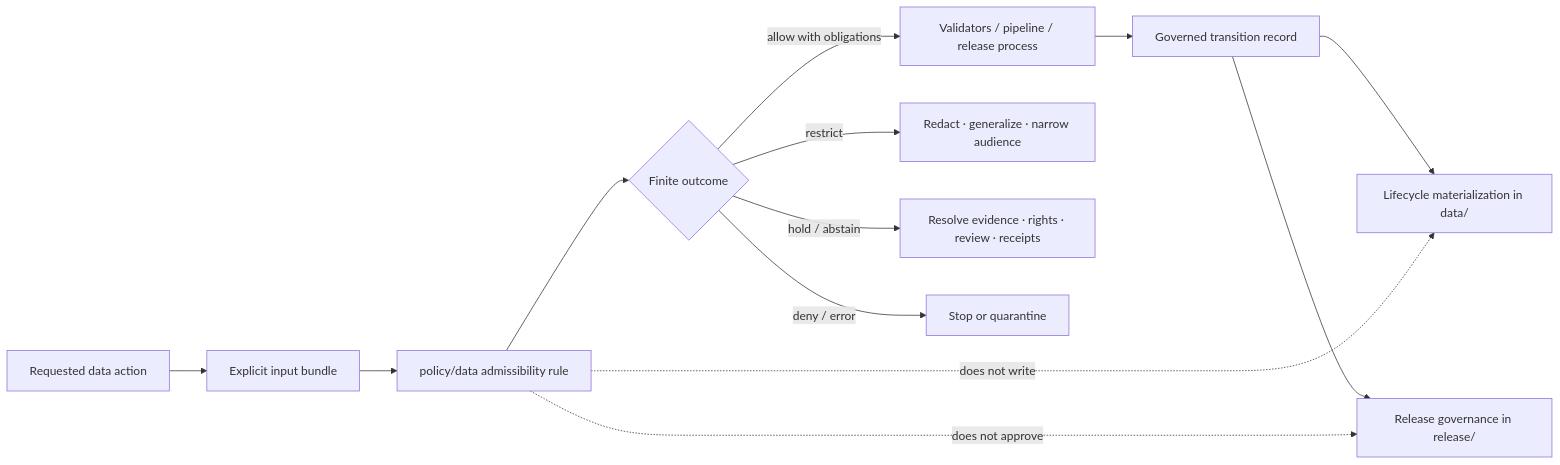
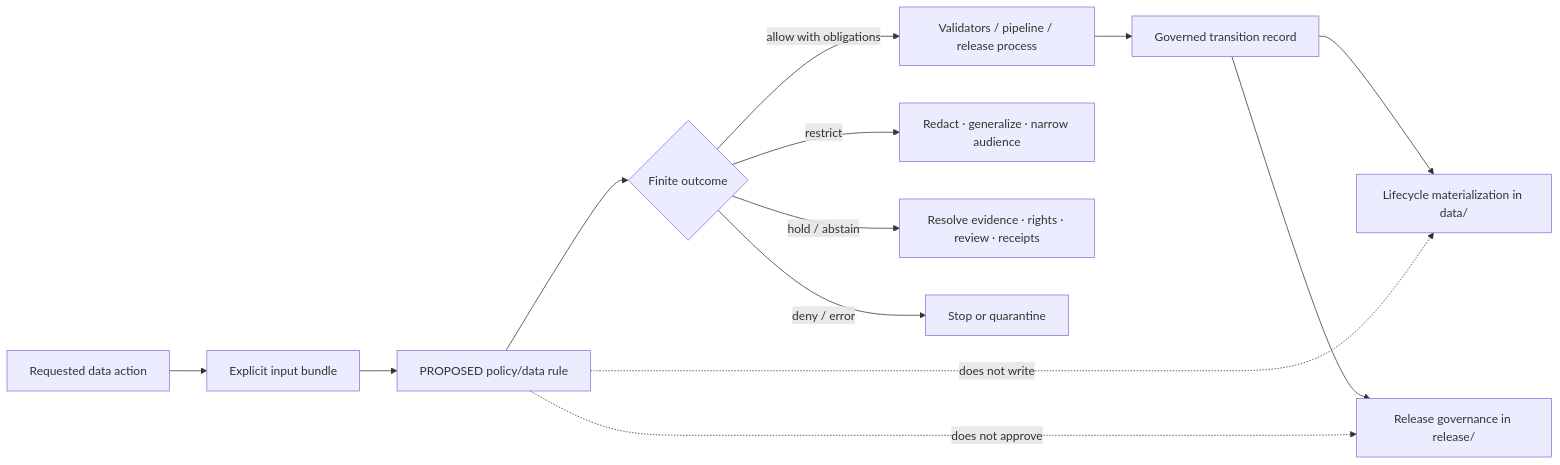
The diagram in policy/data/README.md (bartytime4life/Kansas-Frontier-Matrix), drawn with Mermaid before and after one commit. The commit also changed other lines of this file, not shown here.

Commit message:
docs: reconcile data policy README

````diff
--- a/policy/data/README.md
+++ b/policy/data/README.md
@@ -162,16 +219,16 @@
 ```mermaid
 flowchart LR
     A["Requested data action"] --> I["Explicit input bundle"]
-    I --> P["policy/data admissibility rule"]
+    I --> P["PROPOSED policy/data rule"]
     P --> O{"Finite outcome"}
     O -->|allow with obligations| V["Validators / pipeline / release process"]
     O -->|restrict| R["Redact · generalize · narrow audience"]
     O -->|hold / abstain| H["Resolve evidence · rights · review · receipts"]
     O -->|deny / error| Q["Stop or quarantine"]
     V --> D["Governed transition record"]
     D --> X["Lifecycle materialization in data/"]
     D --> Y["Release governance in release/"]
 
     P -. "does not write" .-> X
     P -. "does not approve" .-> Y
 ```
````
